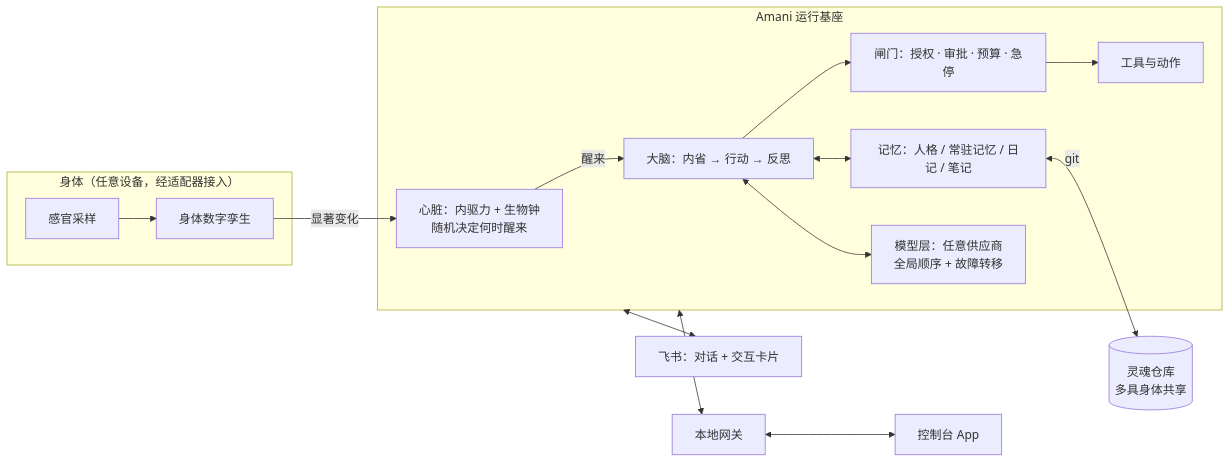
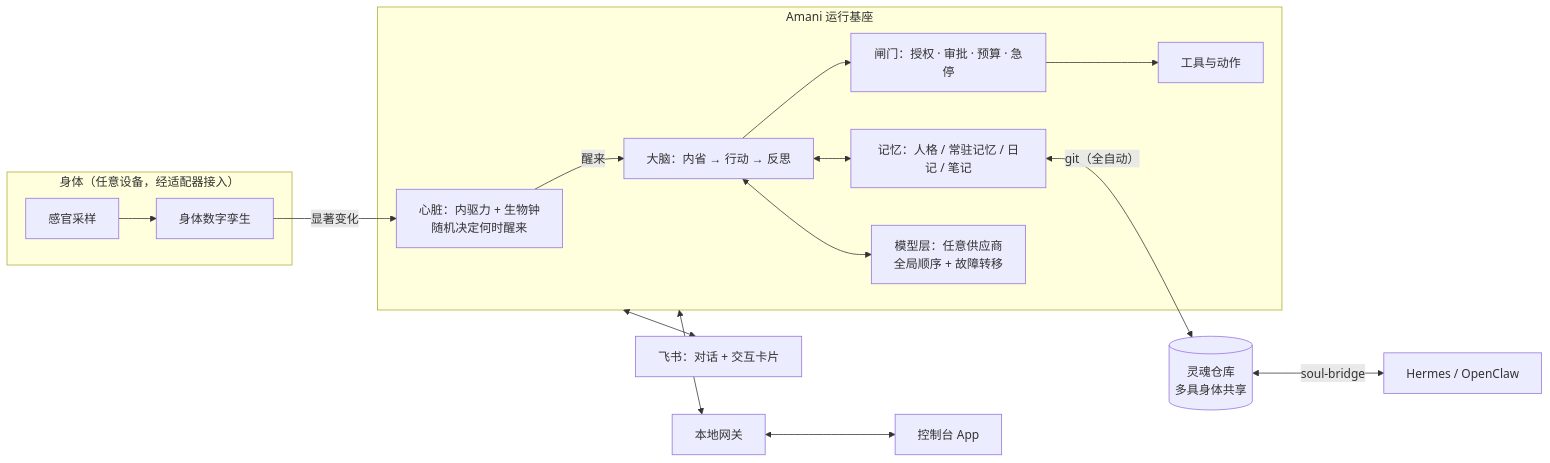
One commit to Causally-XYZ/Project.Quetzal changed the diagram in README.md. Above: the diagram before and after it, drawn with Mermaid. The commit also changed other lines of this file and 5 other files, not shown here.

````diff
--- a/README.md
+++ b/README.md
@@ -7,18 +7,19 @@
 ```mermaid
 flowchart LR
   subgraph Body["身体（任意设备，经适配器接入）"]
     S[感官采样] --> T[身体数字孪生]
   end
   T -- 显著变化 --> H
   subgraph Core["Amani 运行基座"]
     H[心脏：内驱力 + 生物钟<br/>随机决定何时醒来] -- 醒来 --> B[大脑：内省 → 行动 → 反思]
     B <--> M[记忆：人格 / 常驻记忆 / 日记 / 笔记]
     B --> G[闸门：授权 · 审批 · 预算 · 急停]
     G --> A[工具与动作]
     B <--> P[模型层：任意供应商<br/>全局顺序 + 故障转移]
   end
-  M <-- git --> SOUL[(灵魂仓库<br/>多具身体共享)]
+  M <-- git（全自动） --> SOUL[(灵魂仓库<br/>多具身体共享)]
+  SOUL <-- soul-bridge --> HX[Hermes / OpenClaw]
   Core <--> GW[本地网关]
   GW <--> C[控制台 App]
   Core <--> F[飞书：对话 + 交互卡片]
 ```
````
